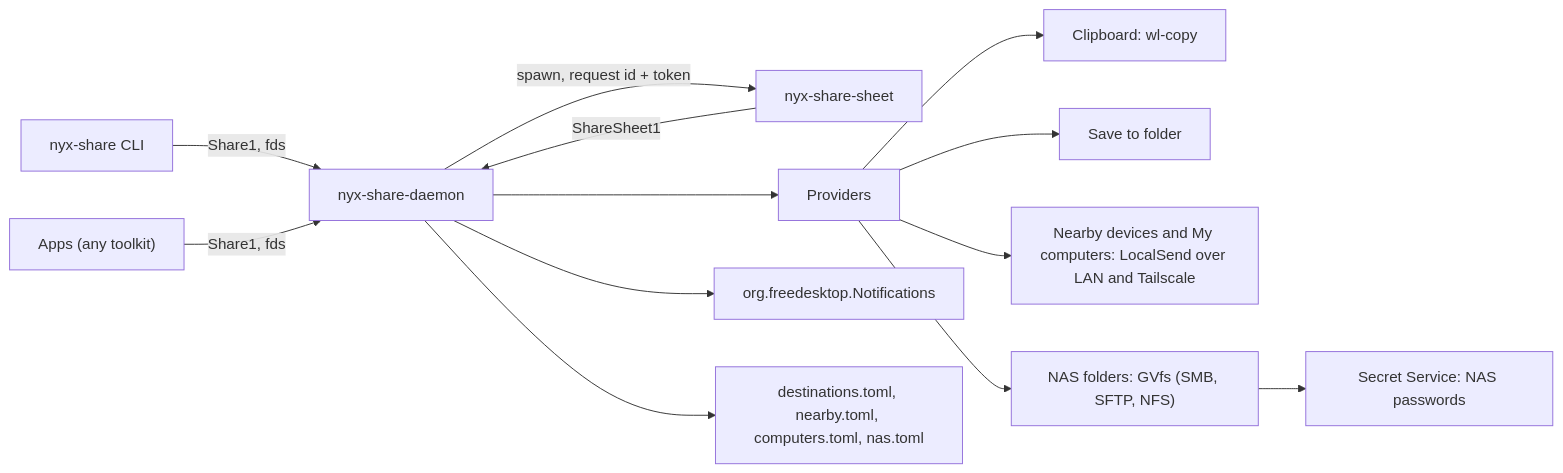
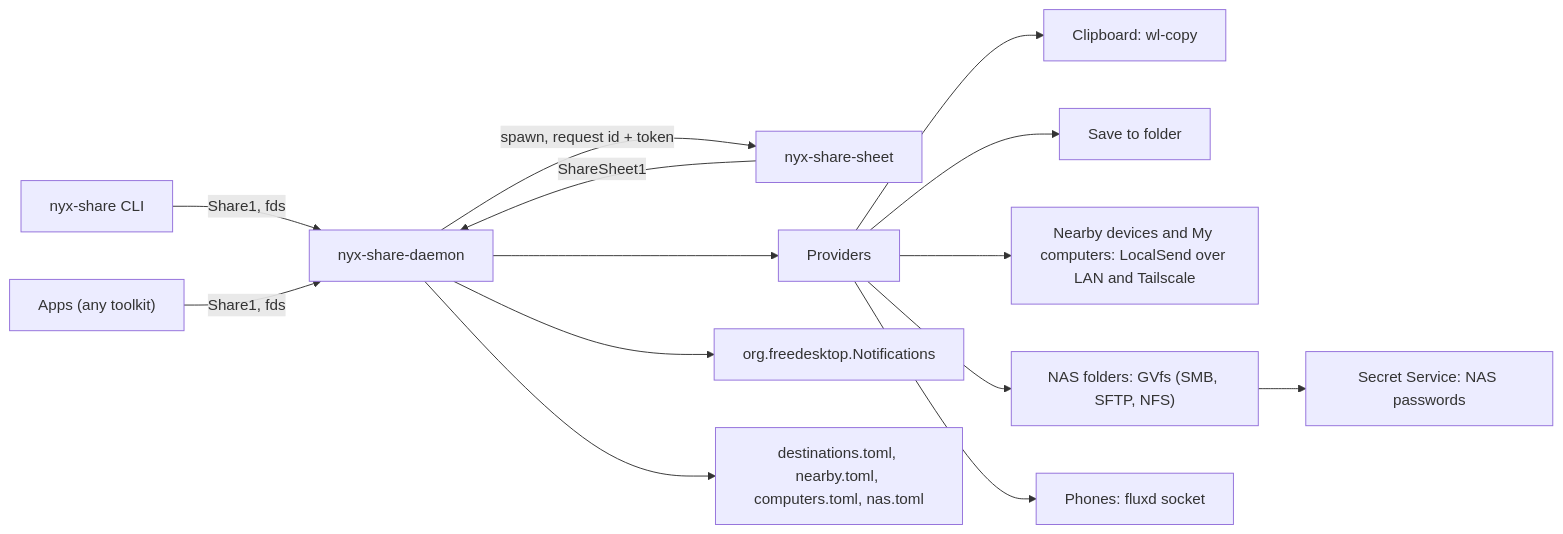
The diagram in docs/ARCHITECTURE.md (design-nexus/nyx-share), drawn with Mermaid before and after one commit. The commit also changed other lines of this file and 13 other files, not shown here.

First line of the commit message:
Phones through Flux (Phase 6)

````diff
--- a/docs/ARCHITECTURE.md
+++ b/docs/ARCHITECTURE.md
@@ -3,15 +3,16 @@
 ```mermaid
 flowchart LR
   Cli["nyx-share CLI"] -->|"Share1, fds"| Daemon
   Apps["Apps (any toolkit)"] -->|"Share1, fds"| Daemon
   Daemon["nyx-share-daemon"] -->|"spawn, request id + token"| Sheet["nyx-share-sheet"]
   Sheet -->|"ShareSheet1"| Daemon
   Daemon --> Providers["Providers"]
   Providers --> Clipboard["Clipboard: wl-copy"]
   Providers --> Folder["Save to folder"]
   Providers --> LocalSend["Nearby devices and My computers: LocalSend over LAN and Tailscale"]
   Providers --> Nas["NAS folders: GVfs (SMB, SFTP, NFS)"]
+  Providers --> Flux["Phones: fluxd socket"]
   Nas --> Secrets["Secret Service: NAS passwords"]
   Daemon --> Notify["org.freedesktop.Notifications"]
   Daemon --> Prefs["destinations.toml, nearby.toml, computers.toml, nas.toml"]
 ```
````
